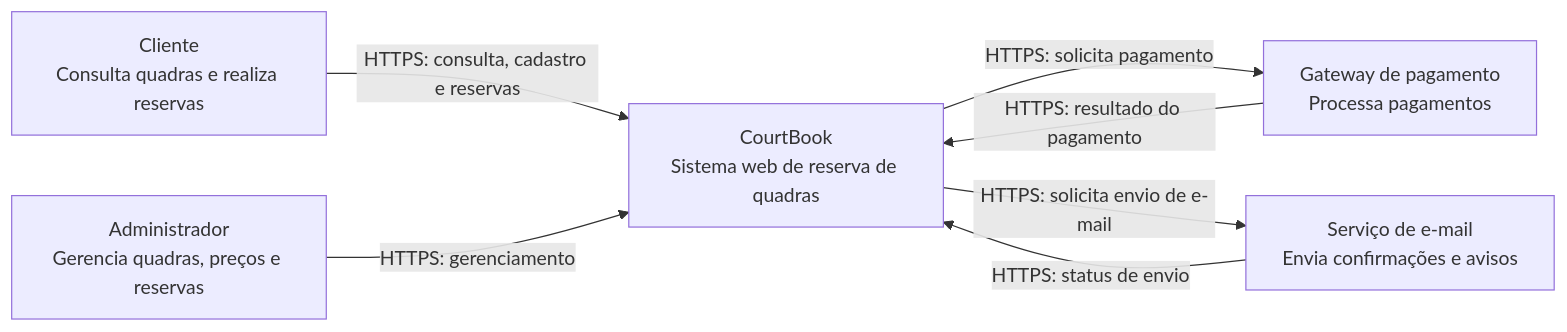
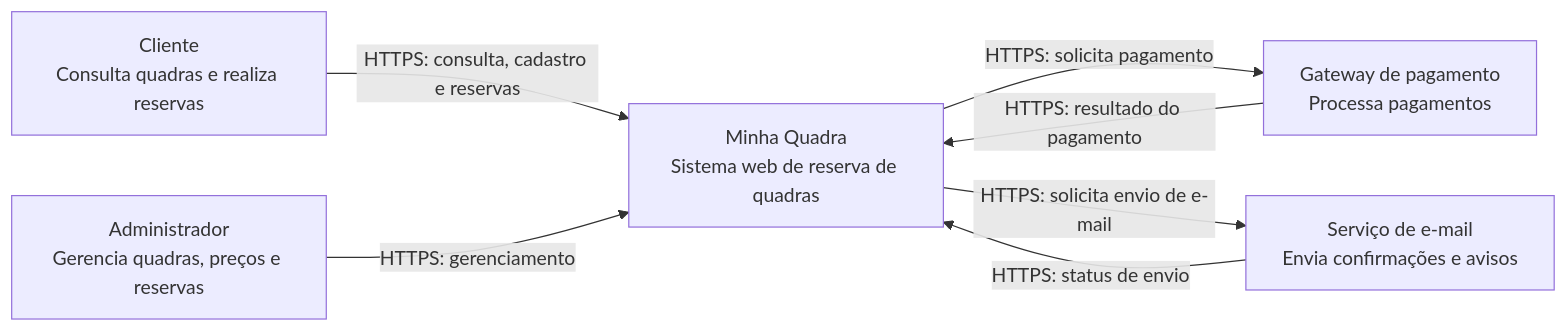
Before and after one commit to icarogoisr-creator/Minha-Quadra-Repository: the first of 4 diagrams in README.md, drawn with Mermaid. The commit also changed other lines of this file, not shown here.

````diff
--- a/README.md
+++ b/README.md
@@ -296,15 +297,15 @@
 ``` mermaid
 flowchart LR
     Cliente["Cliente<br/>Consulta quadras e realiza reservas"]
     Admin["Administrador<br/>Gerencia quadras, preços e reservas"]
-    Sistema["CourtBook<br/>Sistema web de reserva de quadras"]
+    Sistema["Minha Quadra<br/>Sistema web de reserva de quadras"]
     Pagamento["Gateway de pagamento<br/>Processa pagamentos"]
     Email["Serviço de e-mail<br/>Envia confirmações e avisos"]
 
     Cliente -->|"HTTPS: consulta, cadastro e reservas"| Sistema
     Admin -->|"HTTPS: gerenciamento"| Sistema
     Sistema -->|"HTTPS: solicita pagamento"| Pagamento
     Pagamento -->|"HTTPS: resultado do pagamento"| Sistema
     Sistema -->|"HTTPS: solicita envio de e-mail"| Email
     Email -->|"HTTPS: status de envio"| Sistema
 ```
````
